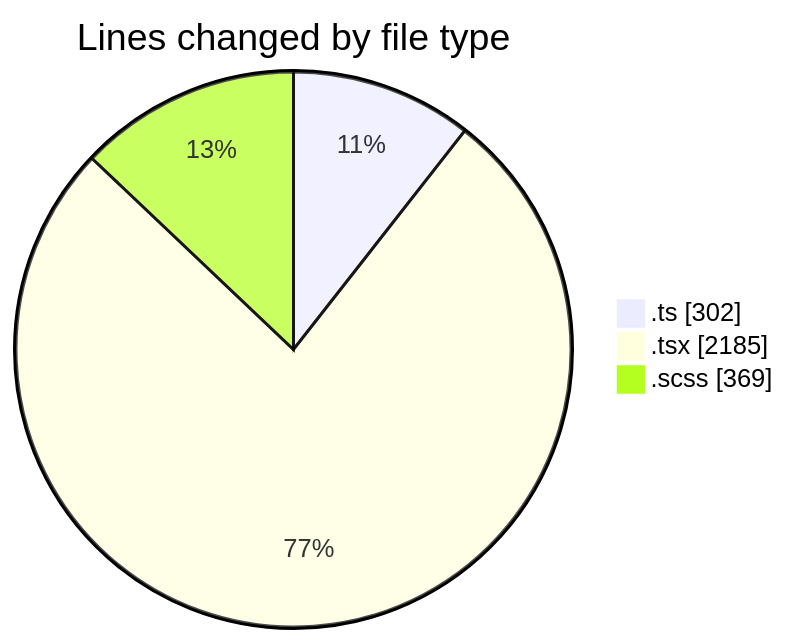
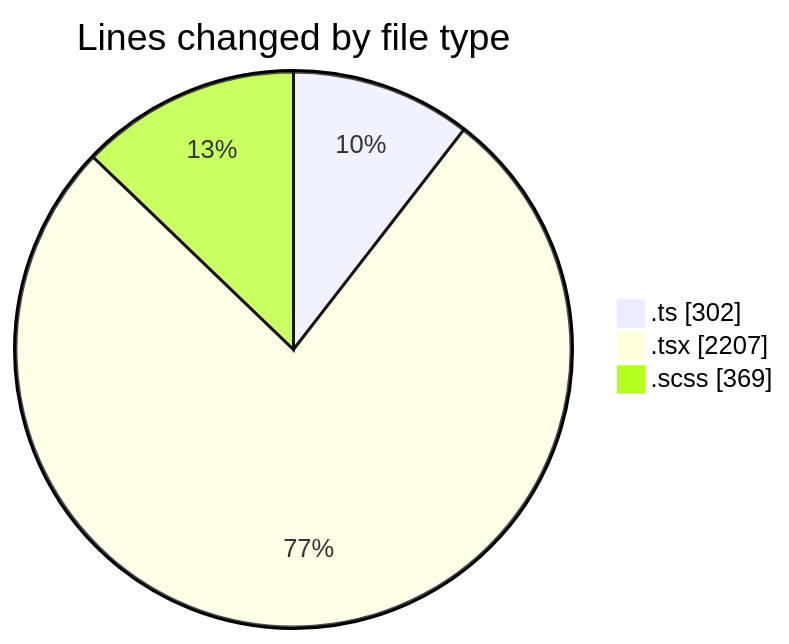
Before and after one commit to momahboobian/code-tracking: the first of 2 diagrams in 2025-05-01/cda/README.md, drawn with Mermaid. The commit also changed other lines of this file and 1 other file, not shown here.

````diff
--- a/2025-05-01/cda/README.md
+++ b/2025-05-01/cda/README.md
@@ -36,7 +36,7 @@
 ```mermaid
 pie showData
 title Lines changed by file type
 ".ts" : 302
-".tsx" : 2185
+".tsx" : 2207
 ".scss" : 369
 ```
````
